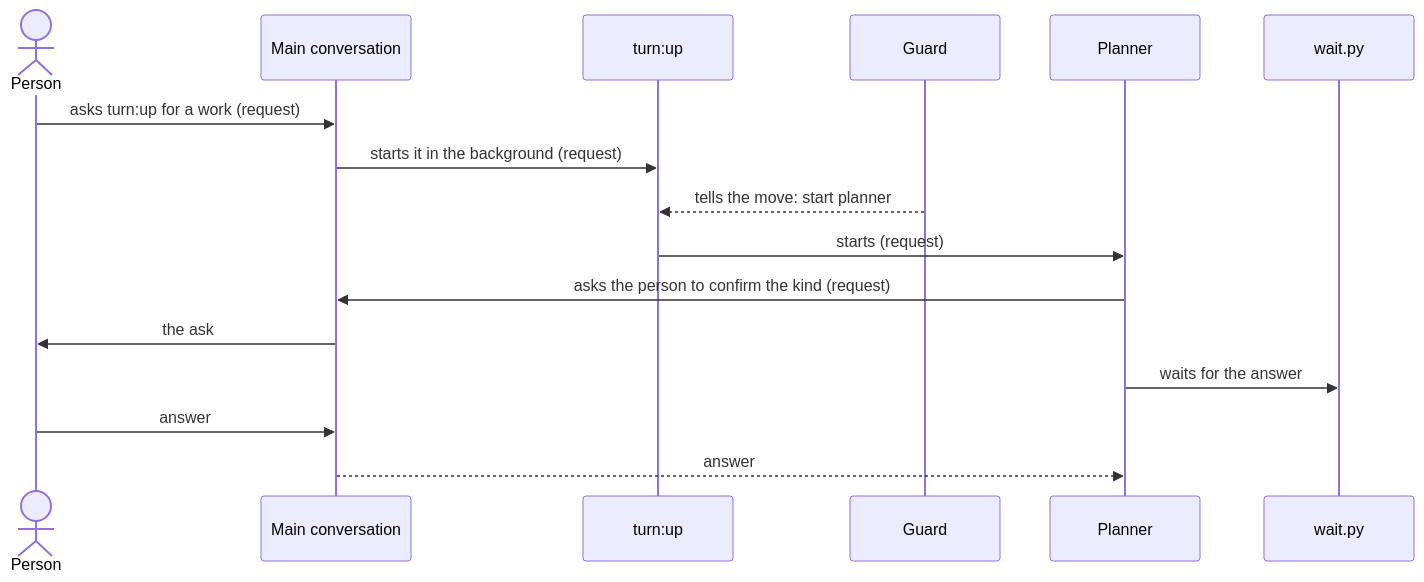
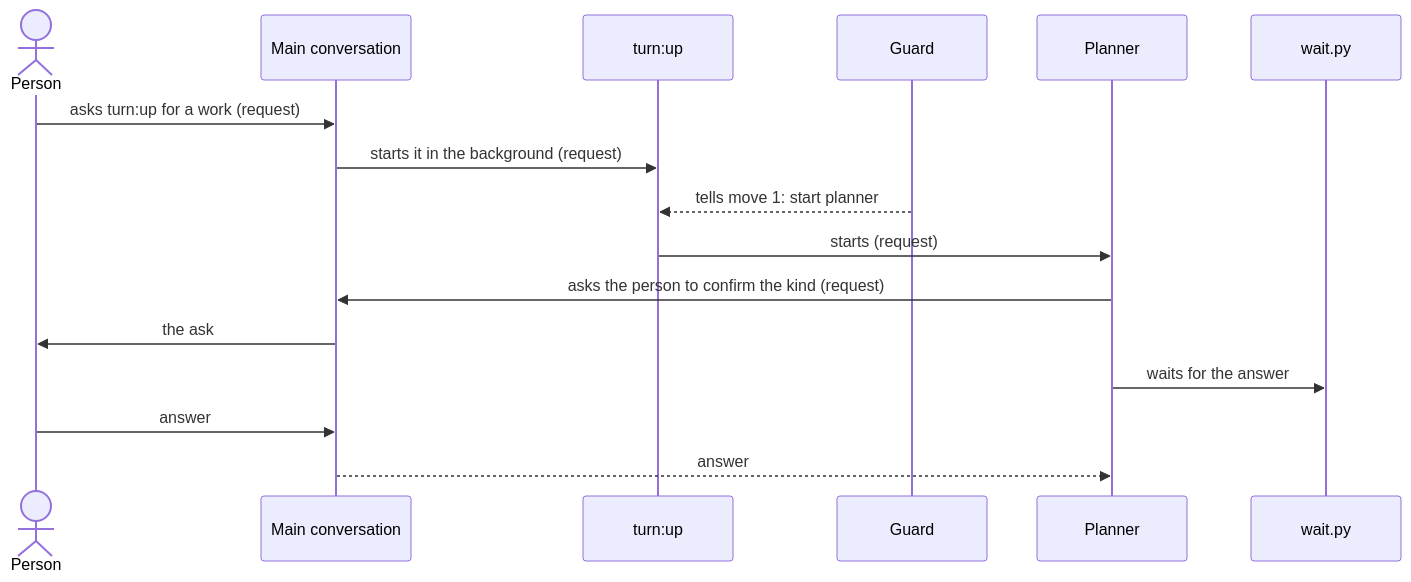
Before and after one commit to lovaizu/ccpm: the first of 6 diagrams in dev/turn/architecture.md, drawn with Mermaid. The commit also changed other lines of this file and 1 other file, not shown here.

````diff
--- a/dev/turn/architecture.md
+++ b/dev/turn/architecture.md
@@ -242,18 +253,18 @@
 ```mermaid
 sequenceDiagram
   actor P as Person
   participant M as Main conversation
   participant U as turn:up
   participant G as Guard
   participant PL as Planner
   participant WT as wait.py
   P->>M: asks turn:up for a work (request)
   M->>U: starts it in the background (request)
-  G-->>U: tells the move: start planner
+  G-->>U: tells move 1: start planner
   U->>PL: starts (request)
   PL->>M: asks the person to confirm the kind (request)
   M->>P: the ask
   PL->>WT: waits for the answer
   P->>M: answer
   M-->>PL: answer
 ```
````
